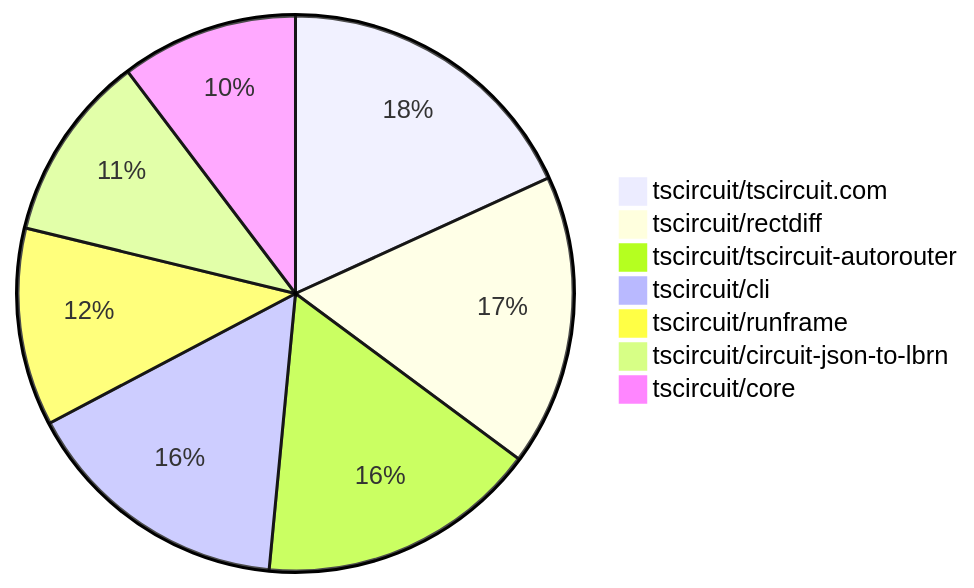
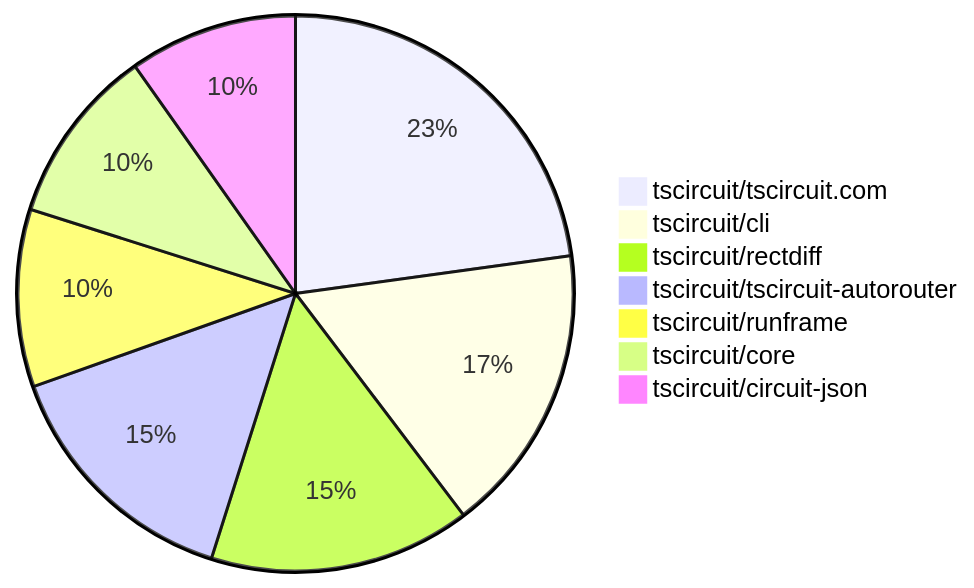
One commit to tscircuit/contribution-tracker changed the second of 2 diagrams in README.md. Above: the diagram before and after it, drawn with Mermaid. The commit also changed other lines of this file and 3 other files, not shown here.

````diff
--- a/README.md
+++ b/README.md
@@ -119,10 +122,10 @@
 ```mermaid
 pie
-    "tscircuit/tscircuit.com" : 30
+    "tscircuit/tscircuit.com" : 42
+    "tscircuit/cli" : 31
     "tscircuit/rectdiff" : 28
     "tscircuit/tscircuit-autorouter" : 27
-    "tscircuit/cli" : 26
     "tscircuit/runframe" : 19
-    "tscircuit/circuit-json-to-lbrn" : 18
-    "tscircuit/core" : 17
+    "tscircuit/core" : 19
+    "tscircuit/circuit-json" : 18
 ```
````
